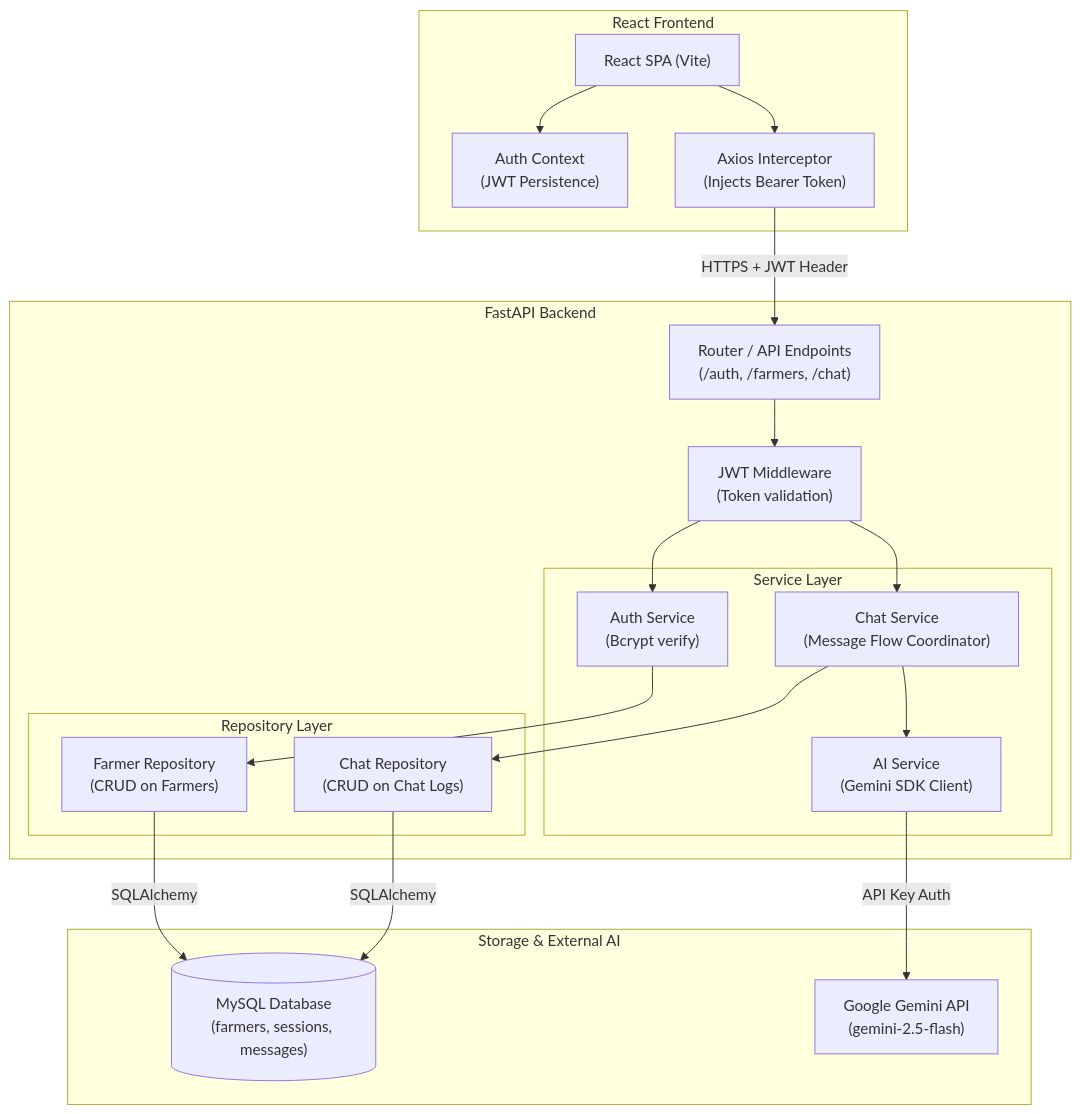
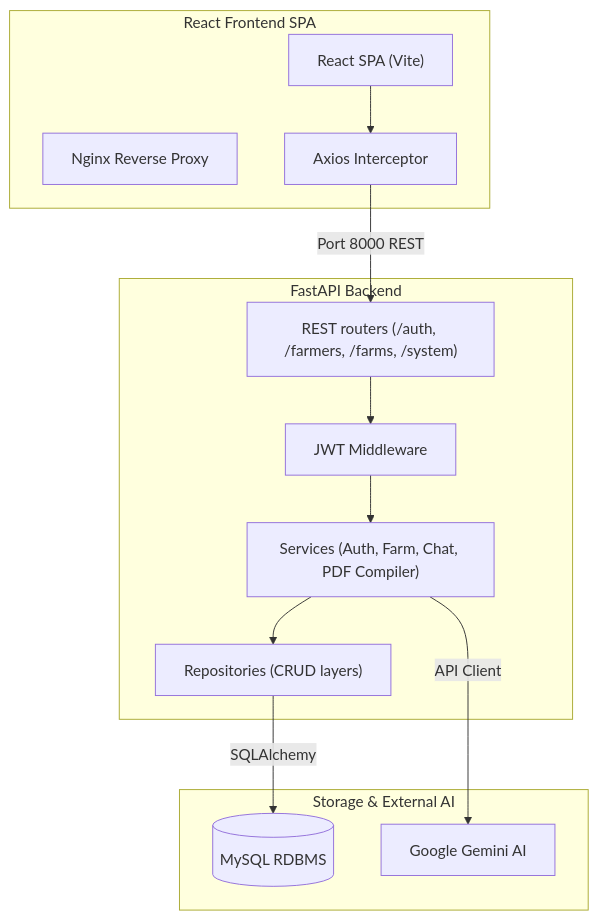
Before and after one commit to pranavseshasaisetty123-max/agriassist-ai: the diagram in README.md, drawn with Mermaid. The commit also changed other lines of this file and 15 other files, not shown here.

Commit message:
Sprint 15 complete: Configure Docker files and Compose orchestrations, update root README, create architecture and API guides, build demo seeder and release verify test suites

````diff
--- a/README.md
+++ b/README.md
@@ -38,48 +70,28 @@
 ```mermaid
 graph TD
-    %% Frontend Client
-    subgraph Client [React Frontend]
+    subgraph Client [React Frontend SPA]
         ReactSPA["React SPA (Vite)"]
-        AuthCtx["Auth Context<br>(JWT Persistence)"]
-        AxiosClient["Axios Interceptor<br>(Injects Bearer Token)"]
+        Nginx["Nginx Reverse Proxy"]
+        AxiosClient["Axios Interceptor"]
     end
 
-    %% Backend Services
     subgraph API [FastAPI Backend]
-        Router["Router / API Endpoints<br>(/auth, /farmers, /chat)"]
-        AuthMiddleware["JWT Middleware<br>(Token validation)"]
-        
-        subgraph Services [Service Layer]
-            AuthService["Auth Service<br>(Bcrypt verify)"]
-            ChatService["Chat Service<br>(Message Flow Coordinator)"]
-            AIService["AI Service<br>(Gemini SDK Client)"]
-        end
-
-        subgraph Repositories [Repository Layer]
-            FarmerRepo["Farmer Repository<br>(CRUD on Farmers)"]
-            ChatRepo["Chat Repository<br>(CRUD on Chat Logs)"]
-        end
+        Router["REST routers (/auth, /farmers, /farms, /system)"]
+        AuthMiddleware["JWT Middleware"]
+        Services["Services (Auth, Farm, Chat, PDF Compiler)"]
+        Repos["Repositories (CRUD layers)"]
     end
 
-    %% Data / AI Layer
     subgraph Storage [Storage & External AI]
-        MySQL[("MySQL Database<br>(farmers, sessions, messages)")]
-        Gemini["Google Gemini API<br>(gemini-2.5-flash)"]
+        MySQL[("MySQL RDBMS")]
+        Gemini["Google Gemini AI"]
     end
 
-    %% Connect flows
-    ReactSPA --> AuthCtx
     ReactSPA --> AxiosClient
-    AxiosClient -->|HTTPS + JWT Header| Router
+    AxiosClient -->|Port 8000 REST| Router
     Router --> AuthMiddleware
-    AuthMiddleware --> AuthService
-    AuthMiddleware --> ChatService
-    
-    AuthService --> FarmerRepo
-    ChatService --> ChatRepo
-    ChatService --> AIService
-    
-    FarmerRepo -->|SQLAlchemy| MySQL
-    ChatRepo -->|SQLAlchemy| MySQL
-    AIService -->|API Key Auth| Gemini
+    AuthMiddleware --> Services
+    Services --> Repos
+    Repos -->|SQLAlchemy| MySQL
+    Services -->|API Client| Gemini
 ```
````
